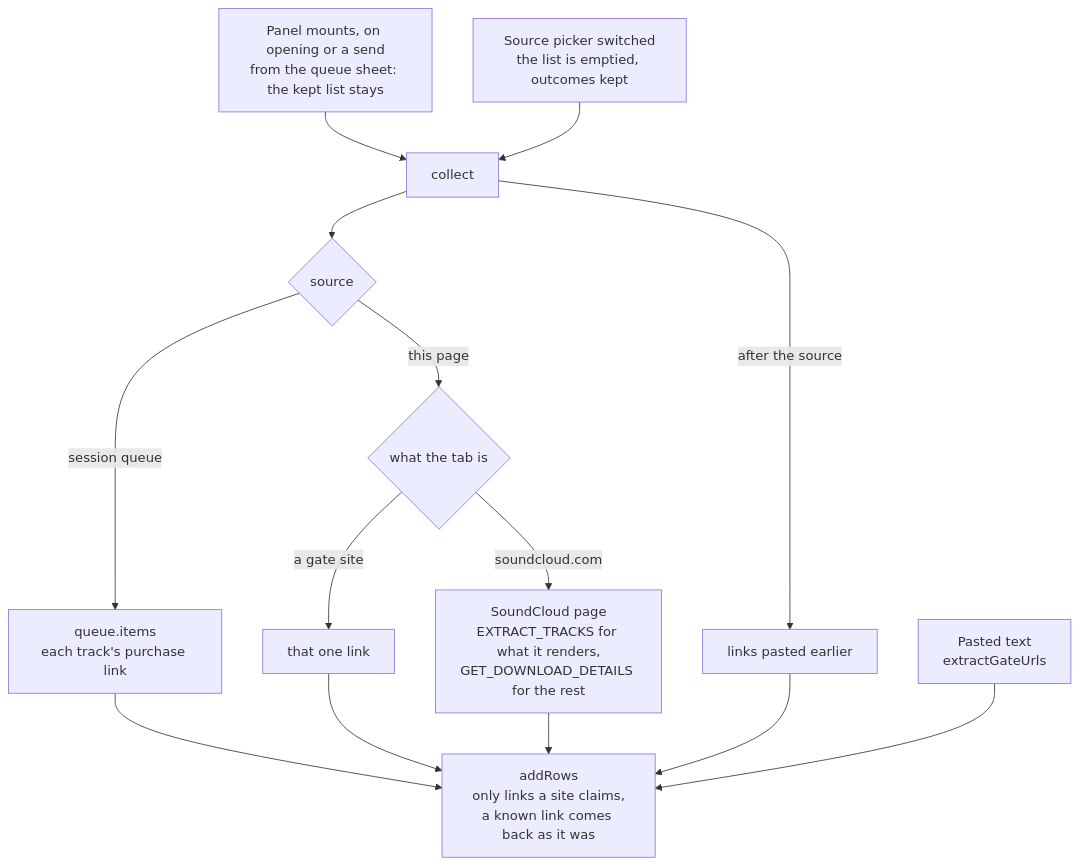
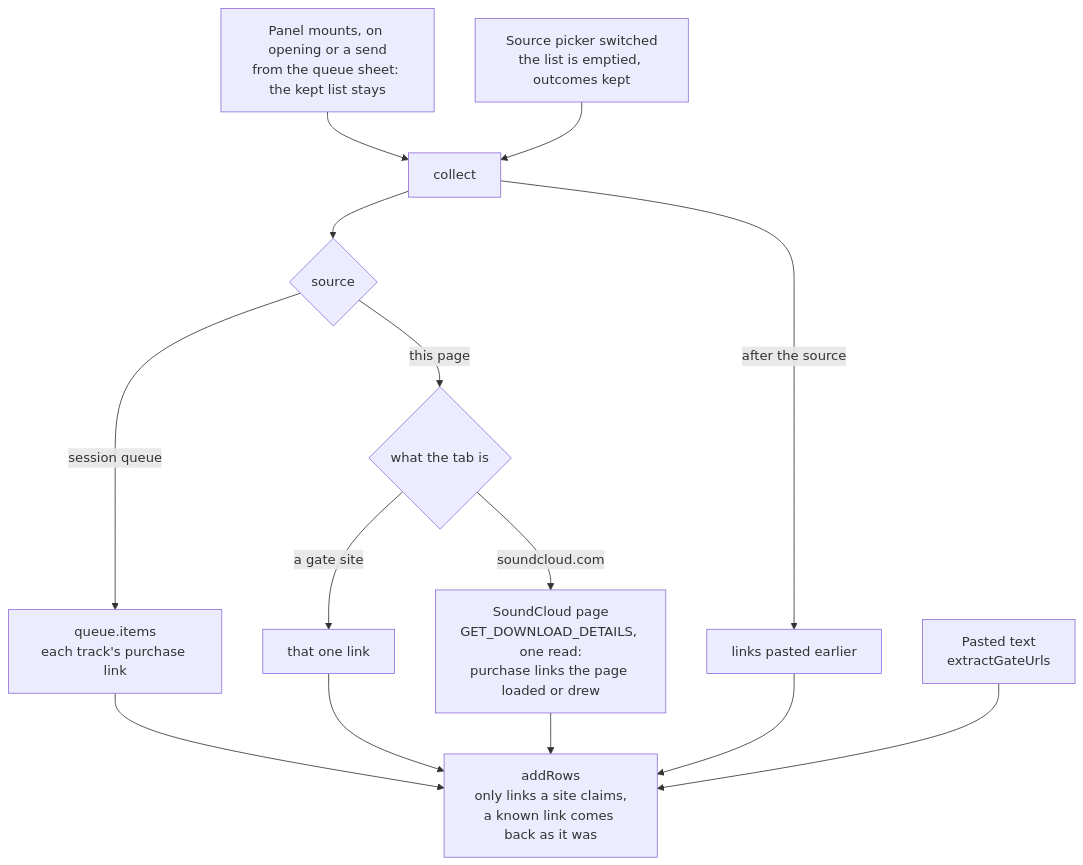
One commit to cutenode/localnetwork changed the first of 10 diagrams in apps/localtoolbox/docs/diagrams/downloader.md. Above: the diagram before and after it, drawn with Mermaid. The commit also changed 65 other files, not shown here.

First line of the commit message:
fix(localtoolbox): read SoundCloud data from what its page loads instead of its API

````diff
--- a/apps/localtoolbox/docs/diagrams/downloader.md
+++ b/apps/localtoolbox/docs/diagrams/downloader.md
@@ -19,28 +19,28 @@
 ```mermaid
 flowchart TD
   Open["Panel mounts, on opening or a send<br/>from the queue sheet: the kept list stays"]
   Switch["Source picker switched<br/>the list is emptied, outcomes kept"]
   Collect["collect"]
   Source{"source"}
   Queued["queue.items<br/>each track's purchase link"]
   Tab{"what the tab is"}
   Gate["that one link"]
-  Sc["SoundCloud page<br/>EXTRACT_TRACKS for what it renders,<br/>GET_DOWNLOAD_DETAILS for the rest"]
+  Sc["SoundCloud page<br/>GET_DOWNLOAD_DETAILS, one read:<br/>purchase links the page loaded or drew"]
   Hand["links pasted earlier"]
   Claim["addRows<br/>only links a site claims,<br/>a known link comes back as it was"]
   Paste["Pasted text<br/>extractGateUrls"]
 
   Open --> Collect
   Switch --> Collect
   Collect --> Source
   Source -->|"session queue"| Queued
   Source -->|"this page"| Tab
   Tab -->|"a gate site"| Gate
   Tab -->|soundcloud.com| Sc
   Queued --> Claim
   Gate --> Claim
   Sc --> Claim
   Collect -->|"after the source"| Hand
   Hand --> Claim
   Paste --> Claim
 ```
````
